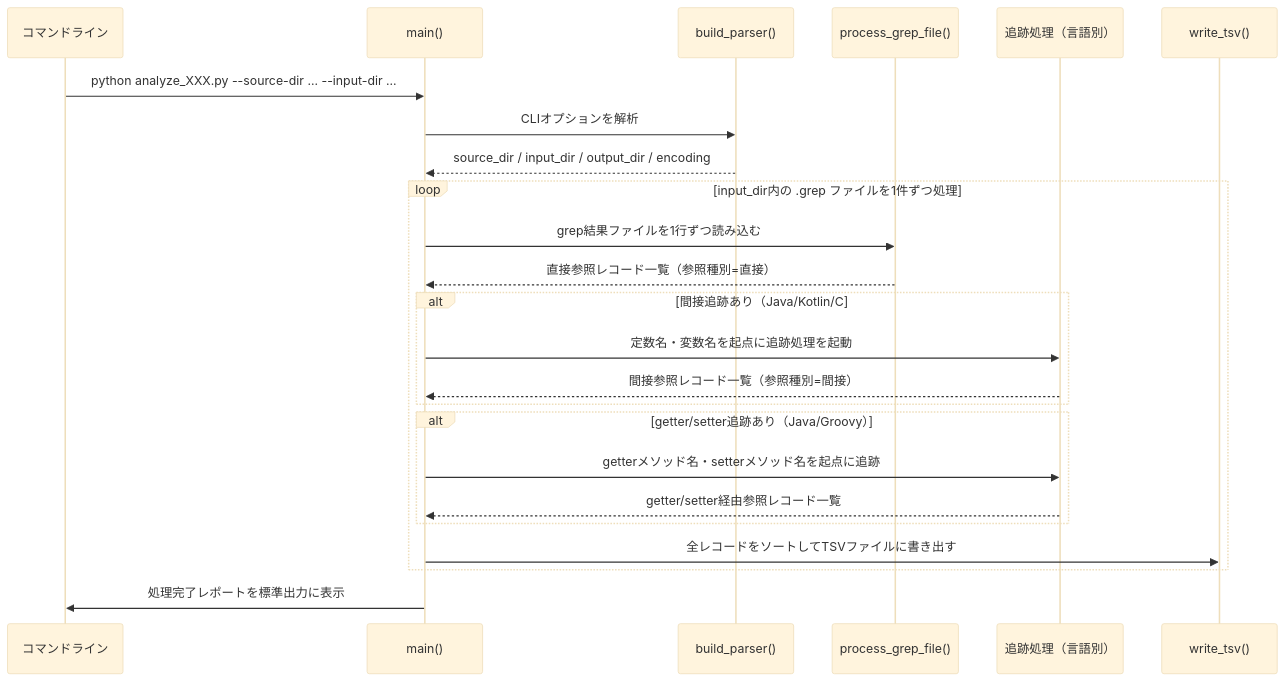
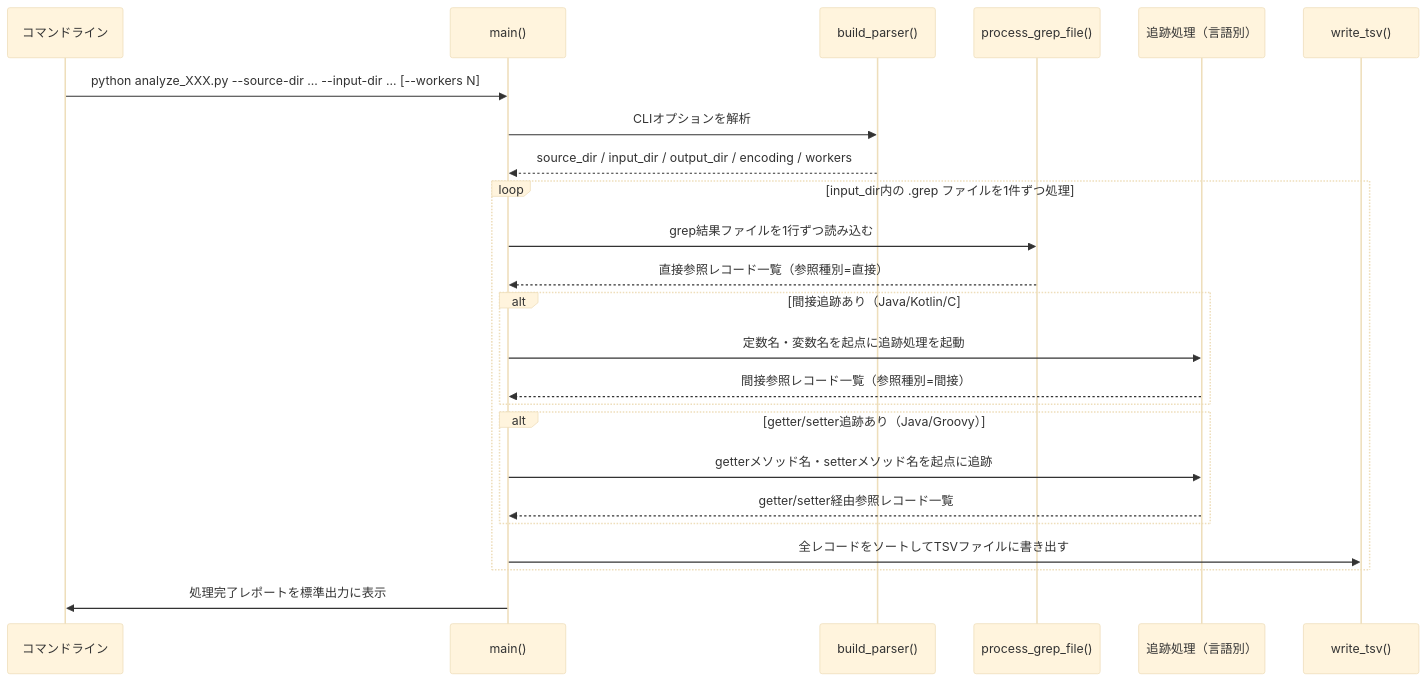
One commit to AkiraIsozaki/grep_helper_superpowers changed the fourth of 5 diagrams in docs/tool-overview.md. Above: the diagram before and after it, drawn with Mermaid (base theme). The commit also changed other lines of this file and 6 other files, not shown here.

````diff
--- a/docs/tool-overview.md
+++ b/docs/tool-overview.md
@@ -328,27 +327,27 @@
 ```mermaid
 sequenceDiagram
     participant CLI as コマンドライン
     participant Main as main()
     participant Parser as build_parser()
     participant GPF as process_grep_file()
     participant Track as 追跡処理（言語別）
     participant TSV as write_tsv()
 
-    CLI->>Main: python analyze_XXX.py --source-dir ... --input-dir ...
+    CLI->>Main: python analyze_XXX.py --source-dir ... --input-dir ... [--workers N]
     Main->>Parser: CLIオプションを解析
-    Parser-->>Main: source_dir / input_dir / output_dir / encoding
+    Parser-->>Main: source_dir / input_dir / output_dir / encoding / workers
     loop input_dir内の .grep ファイルを1件ずつ処理
         Main->>GPF: grep結果ファイルを1行ずつ読み込む
         GPF-->>Main: 直接参照レコード一覧（参照種別=直接）
         alt 間接追跡あり（Java/Kotlin/C#/Groovy等）
             Main->>Track: 定数名・変数名を起点に追跡処理を起動
             Track-->>Main: 間接参照レコード一覧（参照種別=間接）
         end
         alt getter/setter追跡あり（Java/Groovy）
             Main->>Track: getterメソッド名・setterメソッド名を起点に追跡
             Track-->>Main: getter/setter経由参照レコード一覧
         end
         Main->>TSV: 全レコードをソートしてTSVファイルに書き出す
     end
     Main->>CLI: 処理完了レポートを標準出力に表示
 ```
````
